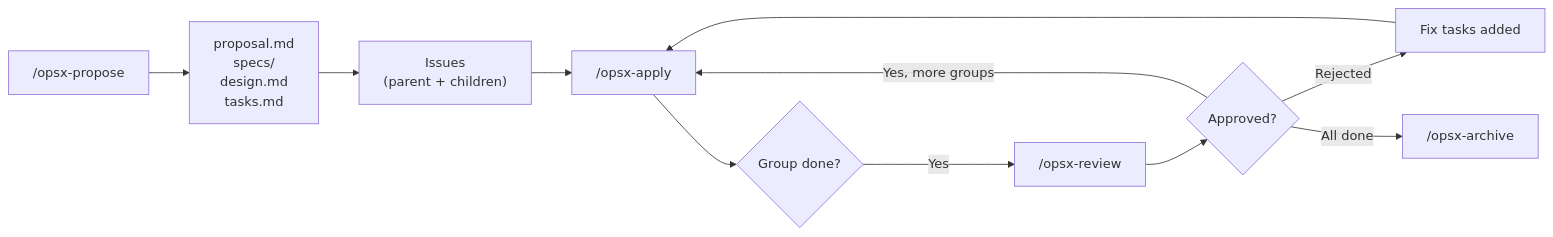
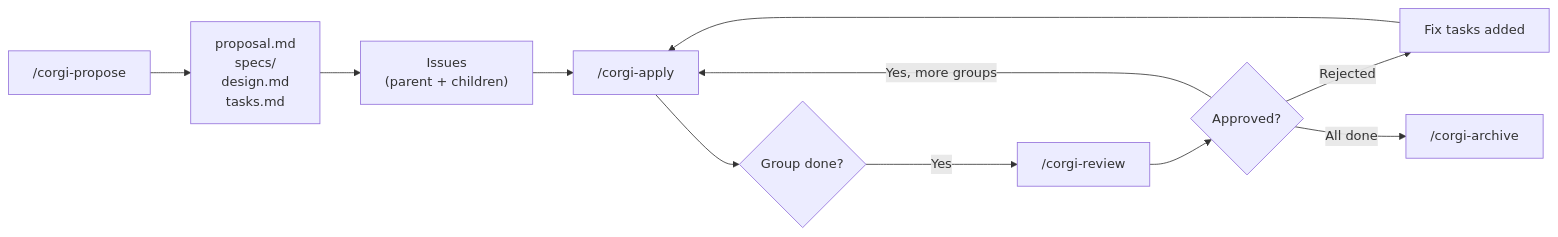
One commit to ricoyudog/openspec_gitflow_modified changed the first of 2 diagrams in README.md. Above: the diagram before and after it, drawn with Mermaid. The commit also changed other lines of this file and 367 other files, not shown here.

````diff
--- a/README.md
+++ b/README.md
@@ -22,13 +22,13 @@
 ```mermaid
 flowchart LR
-    A["/opsx-propose"] --> B["proposal.md\nspecs/\ndesign.md\ntasks.md"]
+    A["/corgi-propose"] --> B["proposal.md\nspecs/\ndesign.md\ntasks.md"]
     B --> C["Issues\n(parent + children)"]
-    C --> D["/opsx-apply"]
+    C --> D["/corgi-apply"]
     D --> E{"Group done?"}
-    E -->|Yes| F["/opsx-review"]
+    E -->|Yes| F["/corgi-review"]
     F --> G{"Approved?"}
     G -->|Yes, more groups| D
     G -->|Rejected| H["Fix tasks added"]
     H --> D
-    G -->|All done| I["/opsx-archive"]
+    G -->|All done| I["/corgi-archive"]
 ```
````
